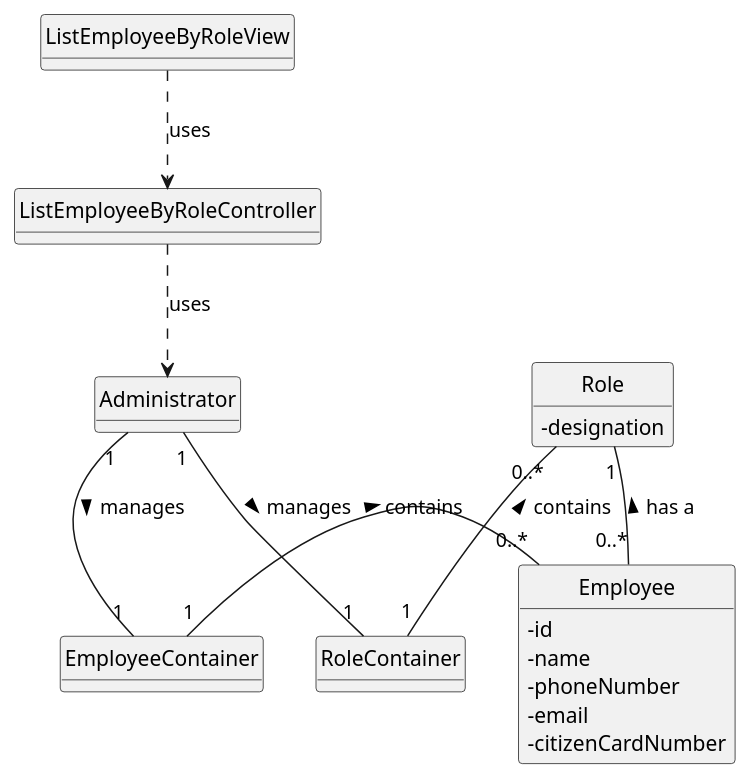
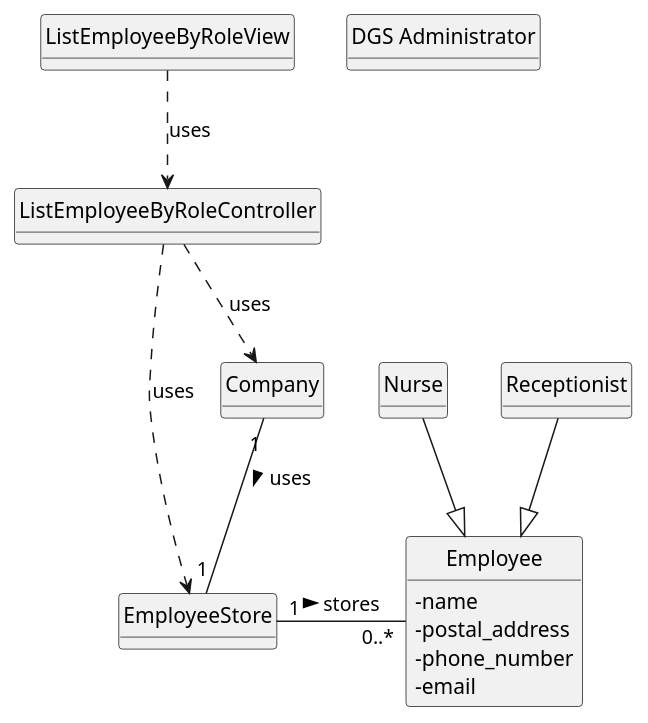
Before and after one commit to afonso51111/leti-esoft-25-26-A33: the diagram in project-template/docs/sprint2/US15/puml/US15-CD.puml, drawn with PlantUML. The commit also changed 8 other files, not shown here.

```diff
--- a/project-template/docs/sprint2/US15/puml/US15-CD.puml
+++ b/project-template/docs/sprint2/US15/puml/US15-CD.puml
@@ -1,44 +1,47 @@
 @startuml US15_CD
 skinparam classAttributeIconSize 0
 hide circle
 hide methods
 
-class Administrator {
+class "DGS Administrator" {
 }
 
-class EmployeeContainer {
+class Company {
 }
 
-class RoleContainer {
+class EmployeeStore {
+    + getEmployeesByRole(roleClass)
 }
 
 class Employee {
-    - id
     - name
-    - phoneNumber
+    - postal_address
+    - phone_number
     - email
-    - citizenCardNumber
 }
 
-class Role {
-    - designation
+class Nurse {
+}
+
+class Receptionist {
 }
 
 class ListEmployeeByRoleView {
 }
 
 class ListEmployeeByRoleController {
+    + getRoles()
+    + getEmployeesByRole(role)
 }
 
-Administrator "1" -down- "1" EmployeeContainer : manages >
-Administrator "1" -down- "1" RoleContainer : manages >
+ListEmployeeByRoleView ..> ListEmployeeByRoleController : uses
+ListEmployeeByRoleController ..> Company : uses
+ListEmployeeByRoleController ..> EmployeeStore : uses
 
-EmployeeContainer "1" -right- "0..*" Employee : contains >
-RoleContainer "1" -left- "0..*" Role : contains >
+Company "1" -down- "1" EmployeeStore : uses >
+EmployeeStore "1" -right- "0..*" Employee : stores >
 
-Employee "0..*" -up- "1" Role : has a >
-
-ListEmployeeByRoleView ..> ListEmployeeByRoleController : uses
-ListEmployeeByRoleController ..> Administrator : uses
+Nurse --|> Employee
+Receptionist --|> Employee
 
 @enduml
```
